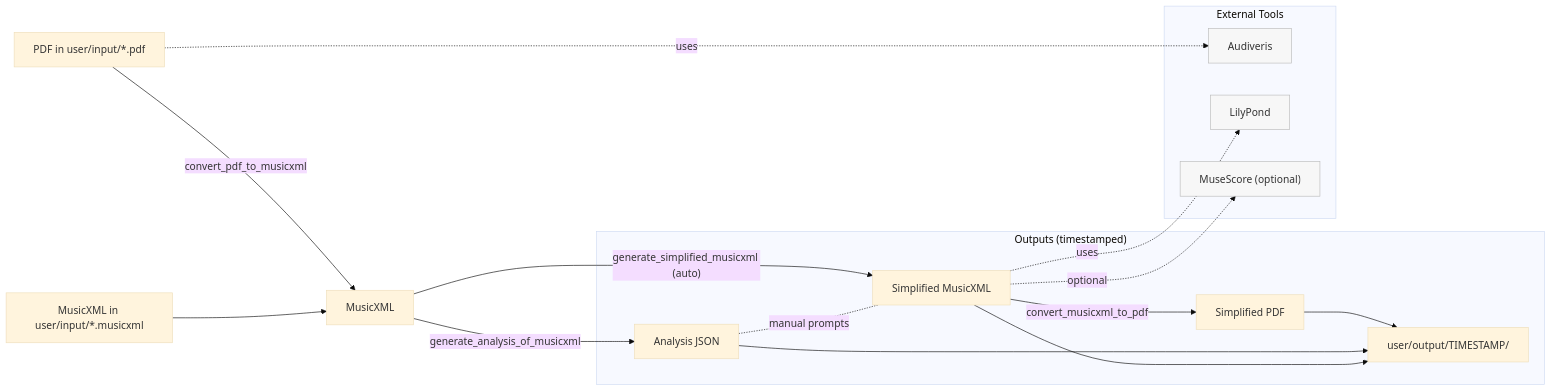
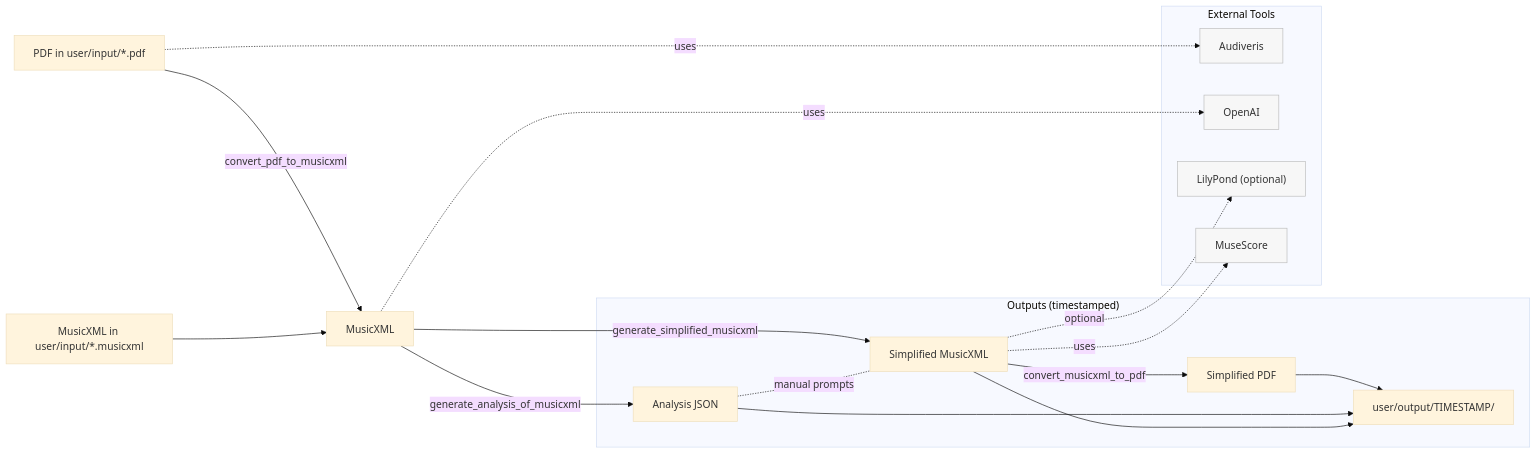
One commit to robert-7/piano-sheet-music-simplifier changed the diagram in README.md. Above: the diagram before and after it, drawn with Mermaid (base theme). The commit also changed 2 other files, not shown here.

Commit message:
fix: updates diagram

````diff
--- a/README.md
+++ b/README.md
@@ -11,42 +11,44 @@
 ```mermaid
 flowchart LR
     %% Inputs
     A1[PDF in user/input/*.pdf]
     A2[MusicXML in user/input/*.musicxml]
 
     %% Conversion: PDF -> MusicXML (Audiveris)
     A1 -- convert_pdf_to_musicxml --> B[MusicXML]
 
     %% Direct MusicXML path
     A2 --> B
 
     %% Analyze MusicXML
     B -- generate_analysis_of_musicxml --> C[Analysis JSON]
 
     %% Simplify MusicXML
-    B -- generate_simplified_musicxml (auto) --> D[Simplified MusicXML]
+    B -- generate_simplified_musicxml --> D[Simplified MusicXML]
     C -. manual prompts .- D
 
     %% Render to PDF
     D -- convert_musicxml_to_pdf --> E[Simplified PDF]
 
     %% Outputs
     subgraph "Outputs (timestamped)"
         E --> O1[user/output/TIMESTAMP/]
         C --> O1
         D --> O1
     end
 
     %% External tools (behind the commands)
     classDef ext fill:#f7f7f7,stroke:#bbb,color:#333;
     subgraph External Tools
-        X[Audiveris]:::ext
-        Y[LilyPond]:::ext
-        Z["MuseScore (optional)"]:::ext
+        W[Audiveris]:::ext
+        X[OpenAI]:::ext
+        Y["LilyPond (optional)"]:::ext
+        Z[MuseScore]:::ext
     end
 
     %% Show tool involvement (informational)
-    A1 -. uses .-> X
-    D  -. uses .-> Y
-    D  -. optional .-> Z
+    A1 -. uses .-> W
+    B  -. uses .-> X
+    D  -. optional .-> Y
+    D  -. uses .-> Z
 ```
````
